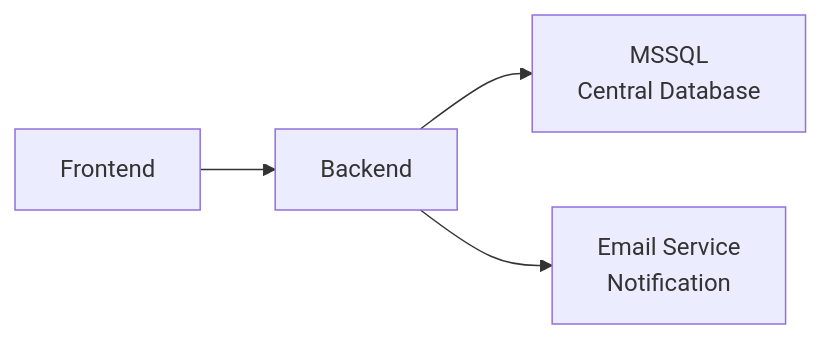
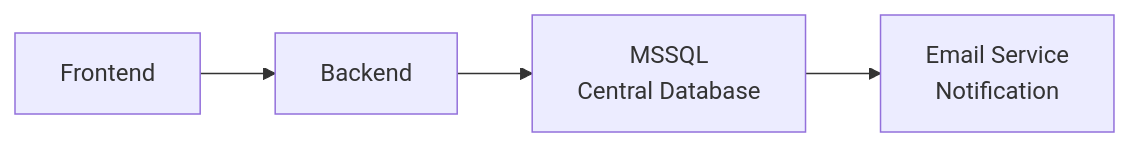
Before and after one commit to ccangemi/workshop-nal: the second of 2 diagrams in docs/passo-9-database-switch.md, drawn with Mermaid. The commit also changed other lines of this file and 1 other file, not shown here.

Commit message:
feat: Enhance observability documentation with architecture overview and updated database connection steps

````diff
--- a/docs/passo-9-database-switch.md
+++ b/docs/passo-9-database-switch.md
@@ -26,6 +26,6 @@
-```mermaid  
+```mermaid
 graph LR
-    Frontend --> Backend
-    Backend --> MSSQL_Central[MSSQL<br/>Central Database]
-    Backend --> EmailService[Email Service<br/>Notification]
+  Frontend --> Backend
+  Backend --> MSSQL_Central[MSSQL<br/>Central Database]
+  MSSQL_Central --> EmailService[Email Service<br/>Notification]
 ```
````
